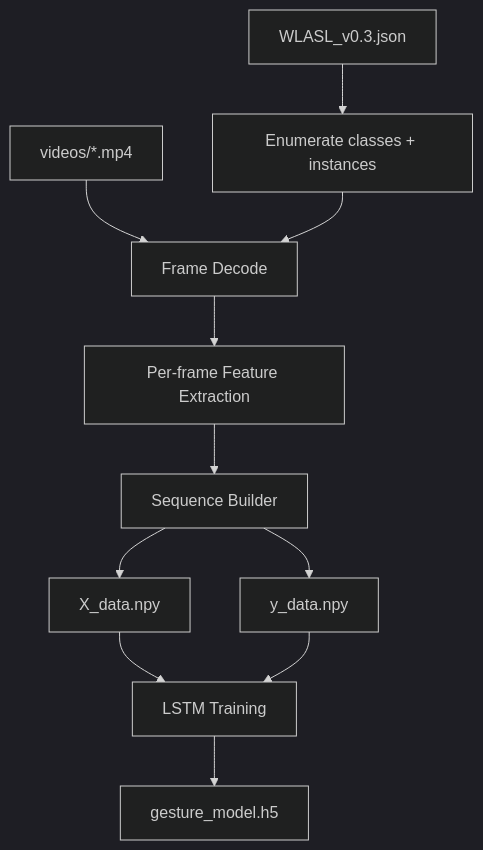
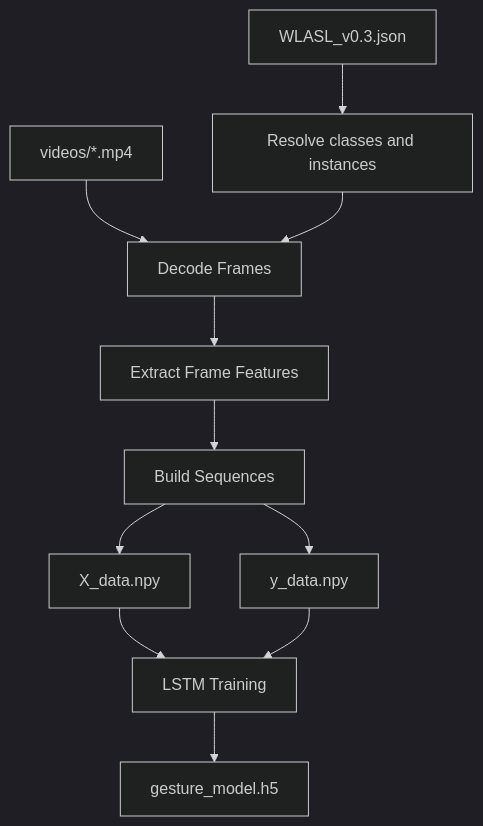
One commit to RishiStudies/hand_sign_detection_dynamic changed the fourth of 6 diagrams in architecture_and_workflows.md. Above: the diagram before and after it, drawn with Mermaid (dark theme). The commit also changed other lines of this file and 4 other files, not shown here.

````diff
--- a/architecture_and_workflows.md
+++ b/architecture_and_workflows.md
@@ -123,13 +113,13 @@
 ```mermaid
 flowchart TD
-    A[WLASL_v0.3.json] --> B[Enumerate classes + instances]
-    C[videos/*.mp4] --> D[Frame Decode]
+    A[WLASL_v0.3.json] --> B[Resolve classes and instances]
+    C[videos/*.mp4] --> D[Decode Frames]
     B --> D
-    D --> E[Per-frame Feature Extraction]
-    E --> F[Sequence Builder]
+    D --> E[Extract Frame Features]
+    E --> F[Build Sequences]
     F --> G[X_data.npy]
     F --> H[y_data.npy]
     G --> I[LSTM Training]
     H --> I
     I --> J[gesture_model.h5]
 ```
````
